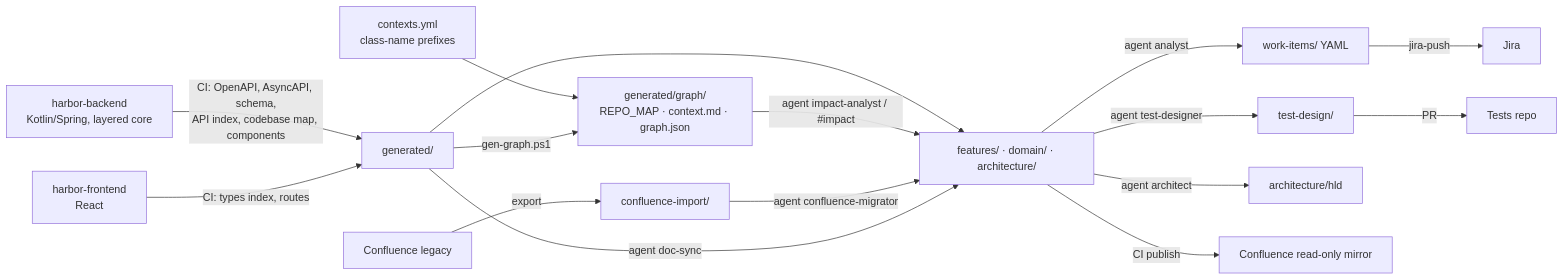
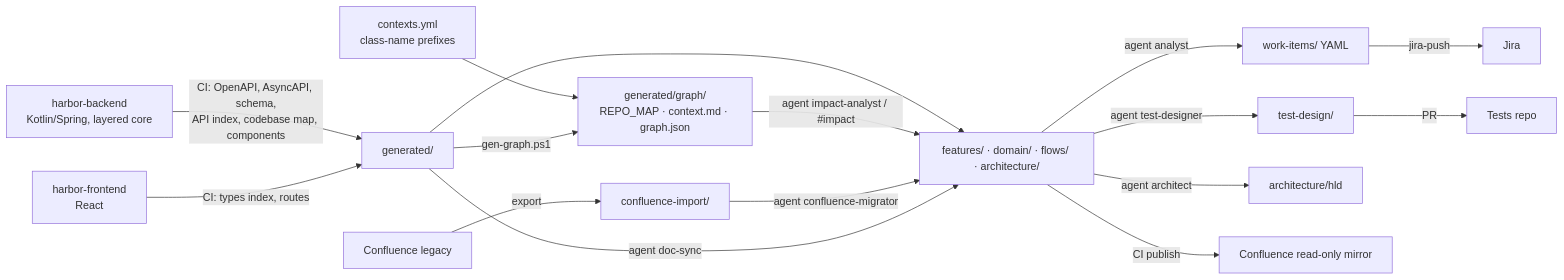
The diagram in docs-repo/README.md (NatSjm/investigation), drawn with Mermaid before and after one commit. The commit also changed 169 other files, not shown here.

First line of the commit message:
Make both apps runnable; add presentation window, split meeting lists, flows, FE library map

````diff
--- a/docs-repo/README.md
+++ b/docs-repo/README.md
@@ -19,16 +19,16 @@
 ```mermaid
 flowchart LR
   BE[harbor-backend<br/>Kotlin/Spring, layered core] -- CI: OpenAPI, AsyncAPI, schema,<br/>API index, codebase map, components --> GEN[generated/]
   FE[harbor-frontend<br/>React] -- CI: types index, routes --> GEN
   CONF[Confluence legacy] -- export --> IMP[confluence-import/]
-  GEN --> SPEC[features/ · domain/ · architecture/]
+  GEN --> SPEC[features/ · domain/ · flows/ · architecture/]
   CTX[contexts.yml<br/>class-name prefixes] --> GRAPH
   GEN -- gen-graph.ps1 --> GRAPH[generated/graph/<br/>REPO_MAP · context.md · graph.json]
   GRAPH -- agent impact-analyst / #impact --> SPEC
   IMP -- agent confluence-migrator --> SPEC
   GEN -- agent doc-sync --> SPEC
   SPEC -- agent analyst --> WI[work-items/ YAML] -- jira-push --> JIRA[Jira]
   SPEC -- agent test-designer --> TD[test-design/] -- PR --> TESTS[Tests repo]
   SPEC -- agent architect --> HLD[architecture/hld]
   SPEC -- CI publish --> CONF2[Confluence read-only mirror]
 ```
````
